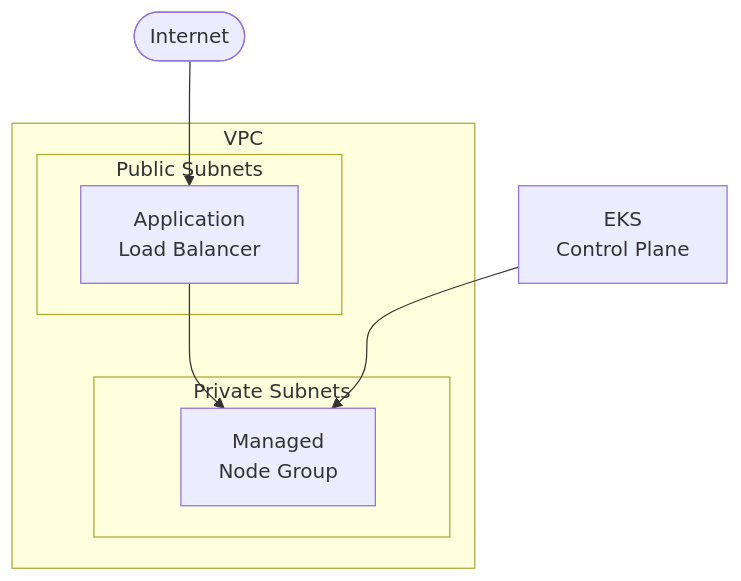
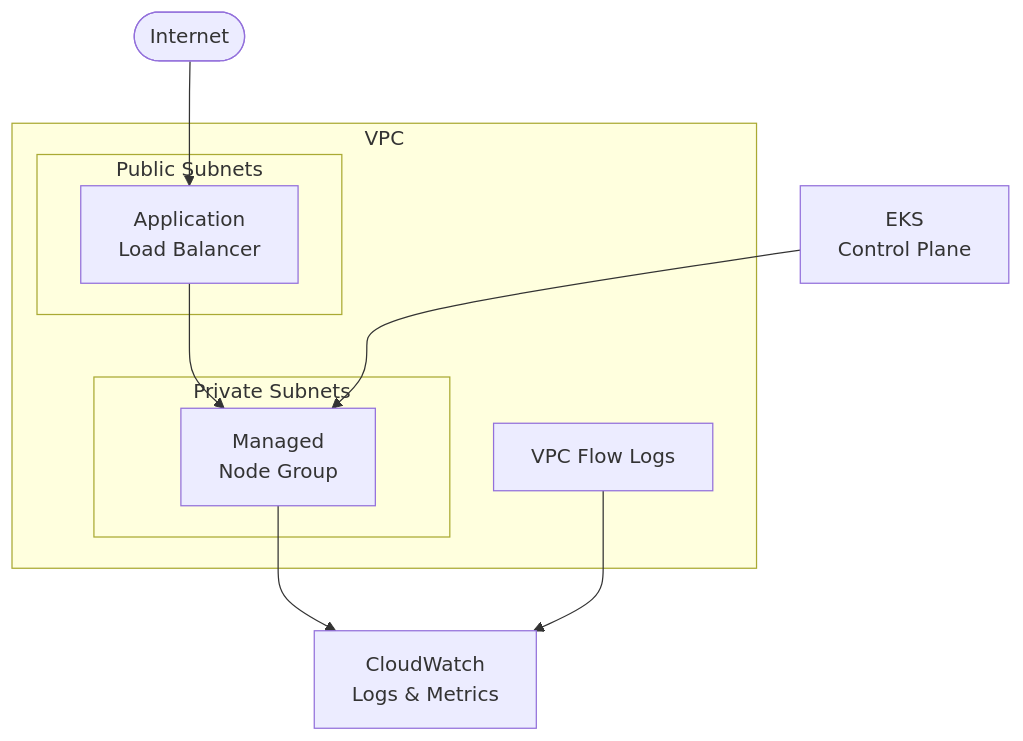
One commit to berTrindade/terraform-infrastructure-blueprints changed the diagram in aws/eks-cluster/README.md. Above: the diagram before and after it, drawn with Mermaid. The commit also changed other lines of this file and 5 other files, not shown here.

First line of the commit message:
feat: add VPC Flow Logs and CloudWatch Container Insights support

````diff
--- a/aws/eks-cluster/README.md
+++ b/aws/eks-cluster/README.md
@@ -7,20 +7,24 @@
 ```mermaid
 flowchart TB
     Internet([Internet])
     ALB[Application<br/>Load Balancer]
     EKS[EKS<br/>Control Plane]
     NG[Managed<br/>Node Group]
+    CW[CloudWatch<br/>Logs & Metrics]
     
     subgraph vpc [VPC]
         subgraph pub [Public Subnets]
             ALB
         end
         subgraph priv [Private Subnets]
             NG
         end
+        FL[VPC Flow Logs]
     end
     
     Internet --> ALB
     ALB --> NG
     EKS --> NG
+    NG --> CW
+    FL --> CW
 ```
````
